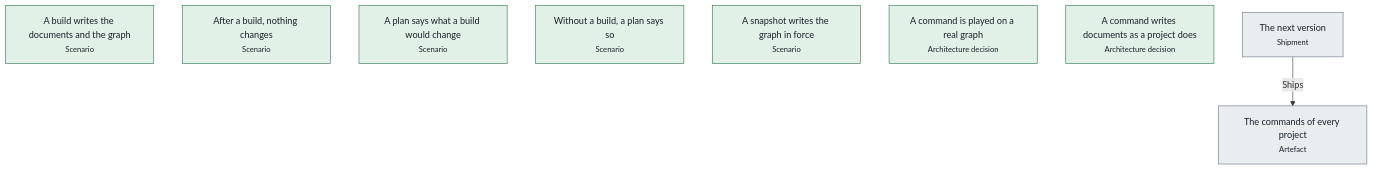
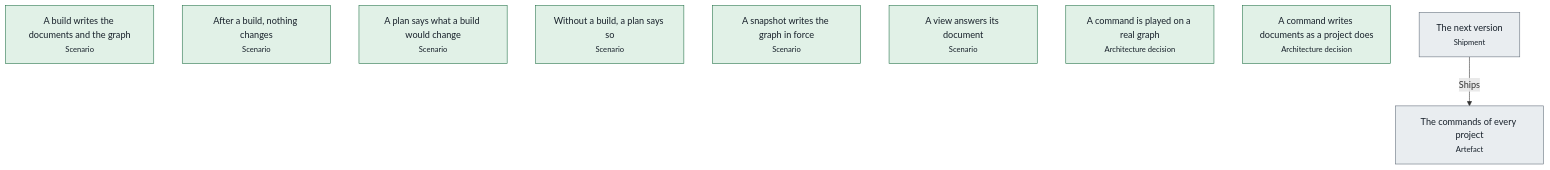
Before and after one commit to advancedcognitivesystems-ai/trame: the first of 2 diagrams in libs/commands/docs/pipelines.md, drawn with Mermaid. The commit also changed other lines of this file and 364 other files, not shown here.

First line of the commit message:
A command declares its line; std reads it and writes documents in the format the line names (g135)

````diff
--- a/libs/commands/docs/pipelines.md
+++ b/libs/commands/docs/pipelines.md
@@ -15,18 +15,19 @@
 ```mermaid
 flowchart TB
   n0["The commands of every project<br/><small>Artefact</small>"]:::unknown
   n1["A build writes the documents and the graph<br/><small>Scenario</small>"]:::held
   n2["After a build, nothing changes<br/><small>Scenario</small>"]:::held
   n3["A plan says what a build would change<br/><small>Scenario</small>"]:::held
   n4["Without a build, a plan says so<br/><small>Scenario</small>"]:::held
   n5["A snapshot writes the graph in force<br/><small>Scenario</small>"]:::held
-  n6["A command is played on a real graph<br/><small>Architecture decision</small>"]:::held
-  n7["A command writes documents as a project does<br/><small>Architecture decision</small>"]:::held
-  n8["The next version<br/><small>Shipment</small>"]:::unknown
-  n8 -->|Ships| n0
+  n6["A view answers its document<br/><small>Scenario</small>"]:::held
+  n7["A command is played on a real graph<br/><small>Architecture decision</small>"]:::held
+  n8["A command writes documents as a project does<br/><small>Architecture decision</small>"]:::held
+  n9["The next version<br/><small>Shipment</small>"]:::unknown
+  n9 -->|Ships| n0
   classDef held fill:#e1f1e7,stroke:#26734a,color:#17202a
   classDef blocked fill:#fbf0d9,stroke:#9a6200,color:#17202a
   classDef violated fill:#f9e3e1,stroke:#ad2a22,color:#17202a
   classDef unknown fill:#e9edf0,stroke:#65707c,color:#17202a
   classDef neutral fill:#ffffff,stroke:#5a6672,color:#17202a
 ```
````
